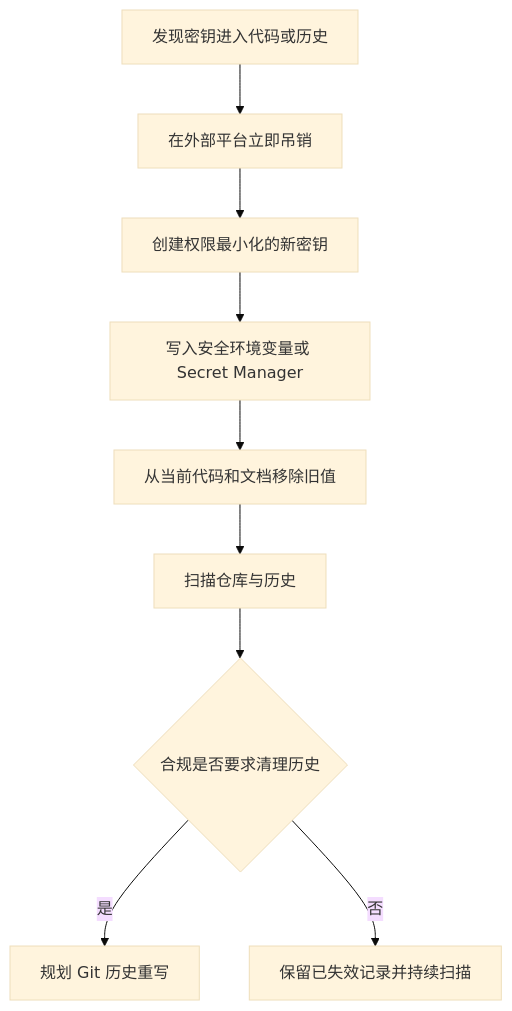
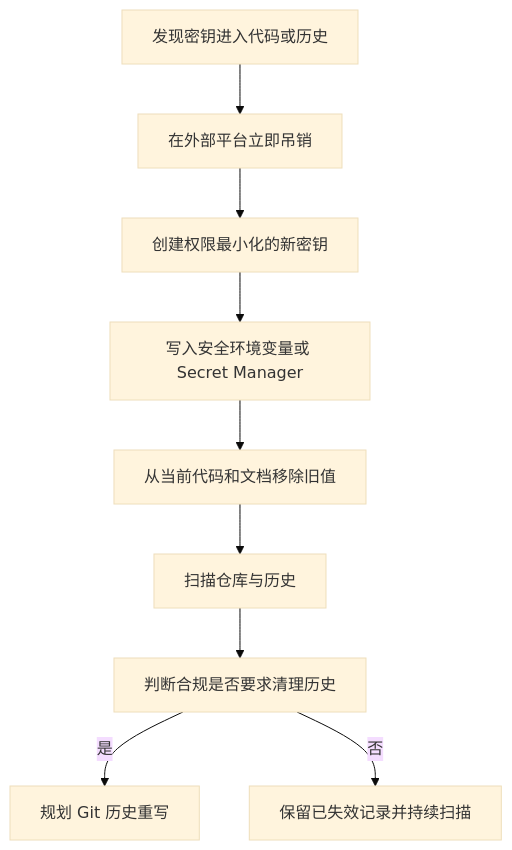
Before and after one commit to myth8/zzx-ai-agent: the fifth of 5 diagrams in docs/blogs/阶段0.1-敏感配置治理与安全基线.md, drawn with Mermaid (base theme). The commit also changed other lines of this file and 27 other files, not shown here.

````diff
--- a/docs/blogs/阶段0.1-敏感配置治理与安全基线.md
+++ b/docs/blogs/阶段0.1-敏感配置治理与安全基线.md
@@ -462,11 +451,11 @@
 ```mermaid
 flowchart TD
-    FOUND[发现密钥进入代码或历史] --> REVOKE[在外部平台立即吊销]
-    REVOKE --> CREATE[创建权限最小化的新密钥]
-    CREATE --> STORE[写入安全环境变量或 Secret Manager]
-    STORE --> REMOVE[从当前代码和文档移除旧值]
-    REMOVE --> SCAN[扫描仓库与历史]
-    SCAN --> HISTORY{合规是否要求清理历史}
-    HISTORY -->|是| REWRITE[规划 Git 历史重写]
-    HISTORY -->|否| DONE[保留已失效记录并持续扫描]
+    FOUND["发现密钥进入代码或历史"] --> REVOKE["在外部平台立即吊销"]
+    REVOKE --> CREATE["创建权限最小化的新密钥"]
+    CREATE --> STORE["写入安全环境变量或 Secret Manager"]
+    STORE --> REMOVE["从当前代码和文档移除旧值"]
+    REMOVE --> SCAN["扫描仓库与历史"]
+    SCAN --> HISTORY["判断合规是否要求清理历史"]
+    HISTORY -->|是| REWRITE["规划 Git 历史重写"]
+    HISTORY -->|否| DONE["保留已失效记录并持续扫描"]
 ```
````
